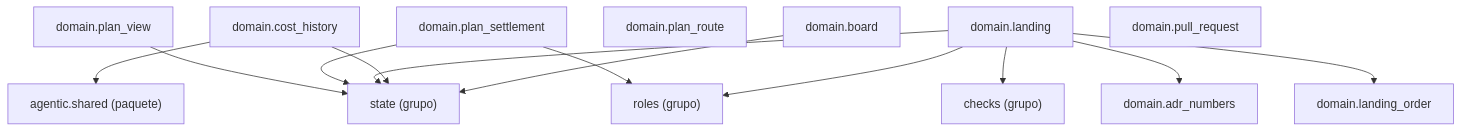
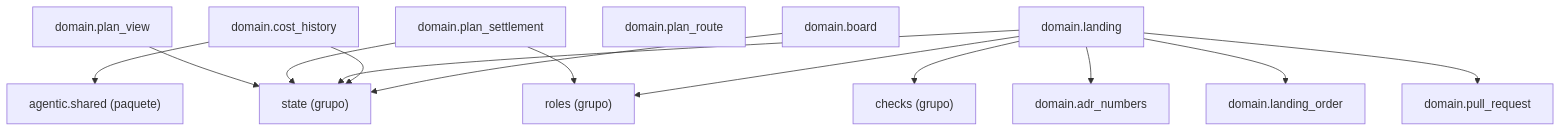
One commit to GonzaloZevallos/agentic-system changed the diagram in docs/architecture/generated/packages-process-domain-landing.md. Above: the diagram before and after it, drawn with Mermaid. The commit also changed 6 other files, not shown here.

Commit message:
Regenerate architecture docs for the non-code landing domain

````diff
--- a/docs/architecture/generated/packages-process-domain-landing.md
+++ b/docs/architecture/generated/packages-process-domain-landing.md
@@ -11,27 +11,28 @@
 ```mermaid
 graph TD
     g_domain__checks["checks (grupo)"]
     g_domain__roles["roles (grupo)"]
     g_domain__state["state (grupo)"]
     g_pkg__agentic__shared["agentic.shared (paquete)"]
     m_domain__adr_numbers["domain.adr_numbers"]
     m_domain__board["domain.board"]
     m_domain__cost_history["domain.cost_history"]
     m_domain__landing["domain.landing"]
     m_domain__landing_order["domain.landing_order"]
     m_domain__plan_route["domain.plan_route"]
     m_domain__plan_settlement["domain.plan_settlement"]
     m_domain__plan_view["domain.plan_view"]
     m_domain__pull_request["domain.pull_request"]
     m_domain__board --> g_domain__state
     m_domain__cost_history --> g_domain__state
     m_domain__cost_history --> g_pkg__agentic__shared
     m_domain__landing --> g_domain__checks
     m_domain__landing --> g_domain__roles
     m_domain__landing --> g_domain__state
     m_domain__landing --> m_domain__adr_numbers
     m_domain__landing --> m_domain__landing_order
+    m_domain__landing --> m_domain__pull_request
     m_domain__plan_settlement --> g_domain__roles
     m_domain__plan_settlement --> g_domain__state
     m_domain__plan_view --> g_domain__state
 ```
````
